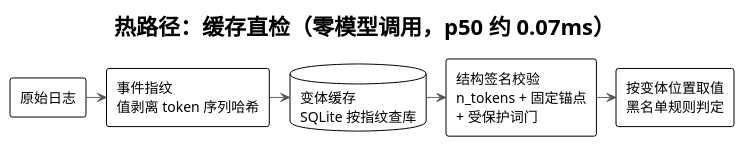
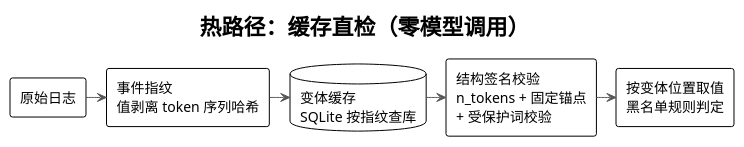
One commit to HouMonKy/TIG-PIPLUP changed the seventh of 14 diagrams in LogNet3.0方案设计与实现文档.md. Above: the diagram before and after it, drawn with PlantUML. The commit also changed other lines of this file, not shown here.

Commit message:
docs: 技术点二三处修订——标题改为'模板无关的参数异常检测'（含概述界定）；删除全部性能实测数字（5.5 性能实测整节移除，端到端示例顺位上移）；'门'类措辞全部改为'校验'（受保护词校验/值形态校验），'骨架位'改为'正文里'，与字段值位置对照表述

````diff
--- a/LogNet3.0方案设计与实现文档.md
+++ b/LogNet3.0方案设计与实现文档.md
@@ -606,22 +608,22 @@
 ```plantuml
 @startuml Parameter_Overview_Hot
 !theme plain
 skinparam shadowing false
 skinparam ArrowColor #555555
 skinparam nodesep 20
 skinparam ranksep 30
 
-title 热路径：缓存直检（零模型调用，p50 约 0.07ms）
+title 热路径：缓存直检（零模型调用）
 
 rectangle "原始日志" as log
 rectangle "事件指纹\n值剥离 token 序列哈希" as fp
 database "变体缓存\nSQLite 按指纹查库" as store
-rectangle "结构签名校验\nn_tokens + 固定锚点\n+ 受保护词门" as sig
+rectangle "结构签名校验\nn_tokens + 固定锚点\n+ 受保护词校验" as sig
 rectangle "按变体位置取值\n黑名单规则判定" as rule
 
 log -right-> fp
 fp -right-> store
 store -right-> sig
 sig -right-> rule
 @enduml
 ```
````
